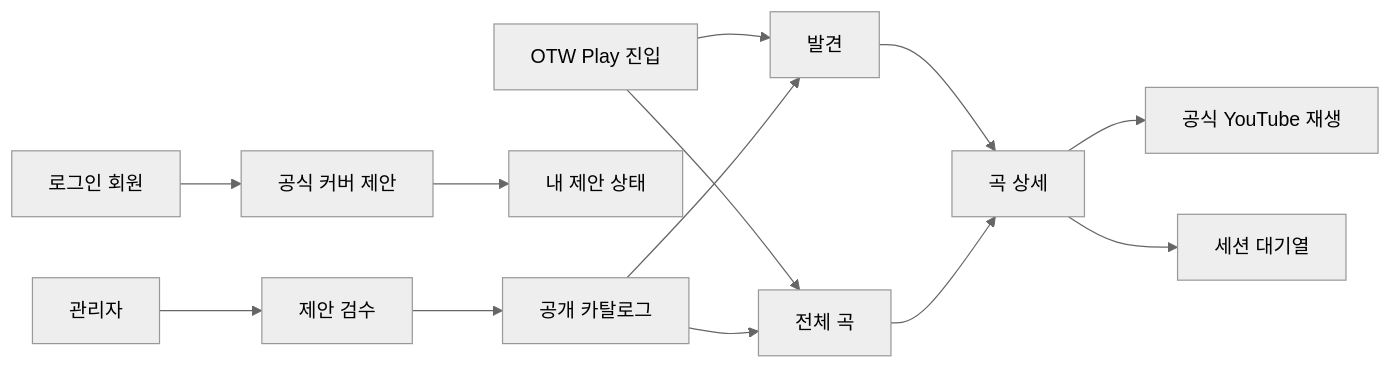
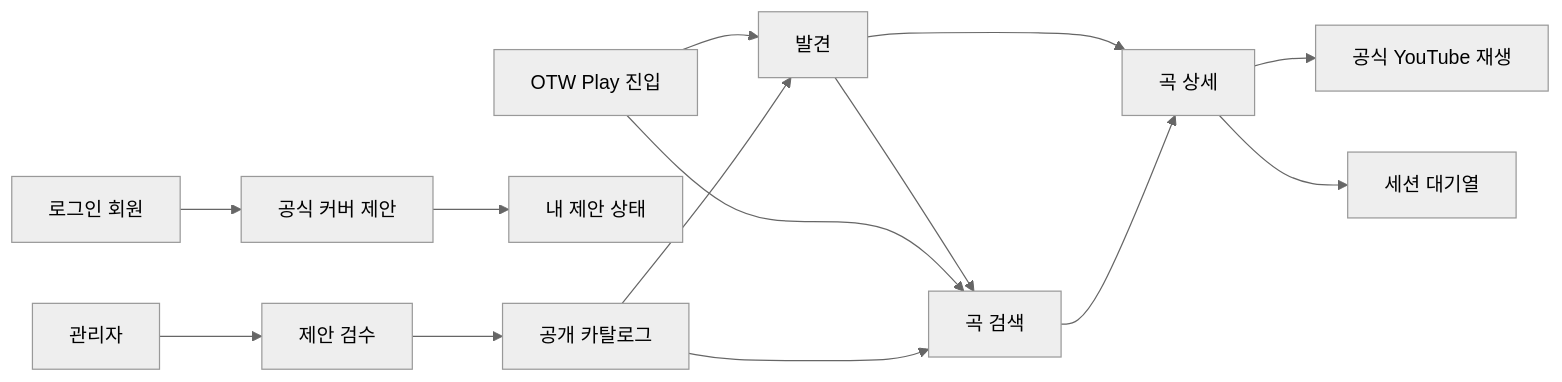
The first of 2 diagrams in docs/otw-play-ui-ux-design.md (rlatmfrl24/overthewall-schedule), drawn with Mermaid (neutral theme) before and after one commit. The commit also changed other lines of this file and 69 other files, not shown here.

First line of the commit message:
feat(otw-play): add unified admin-only Play experience (#68)

````diff
--- a/docs/otw-play-ui-ux-design.md
+++ b/docs/otw-play-ui-ux-design.md
@@ -104,15 +111,16 @@
 ```mermaid
 flowchart LR
-  entry["OTW Play 진입"] --> discover["발견"]
-  entry --> catalog["전체 곡"]
-  discover --> song["곡 상세"]
+  entry["OTW Play 진입"] --> home["발견"]
+  home --> catalog["곡 검색"]
+  entry --> catalog
+  home --> song["곡 상세"]
   catalog --> song
   song --> player["공식 YouTube 재생"]
   song --> queue["세션 대기열"]
   signedIn["로그인 회원"] --> submit["공식 커버 제안"]
   submit --> mine["내 제안 상태"]
   admin["관리자"] --> review["제안 검수"]
   review --> published["공개 카탈로그"]
-  published --> discover
+  published --> home
   published --> catalog
 ```
````
